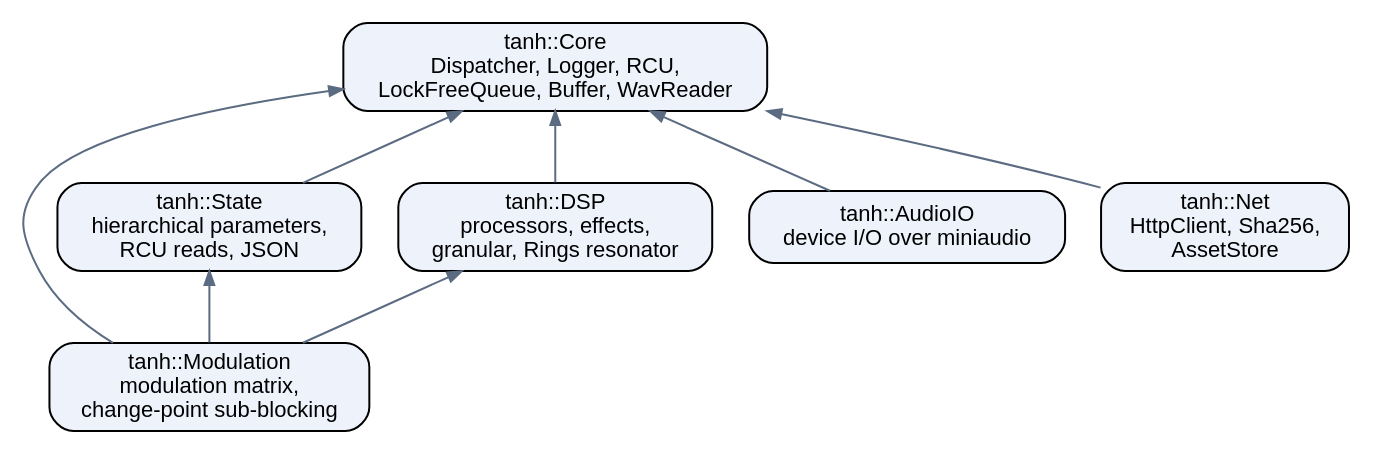
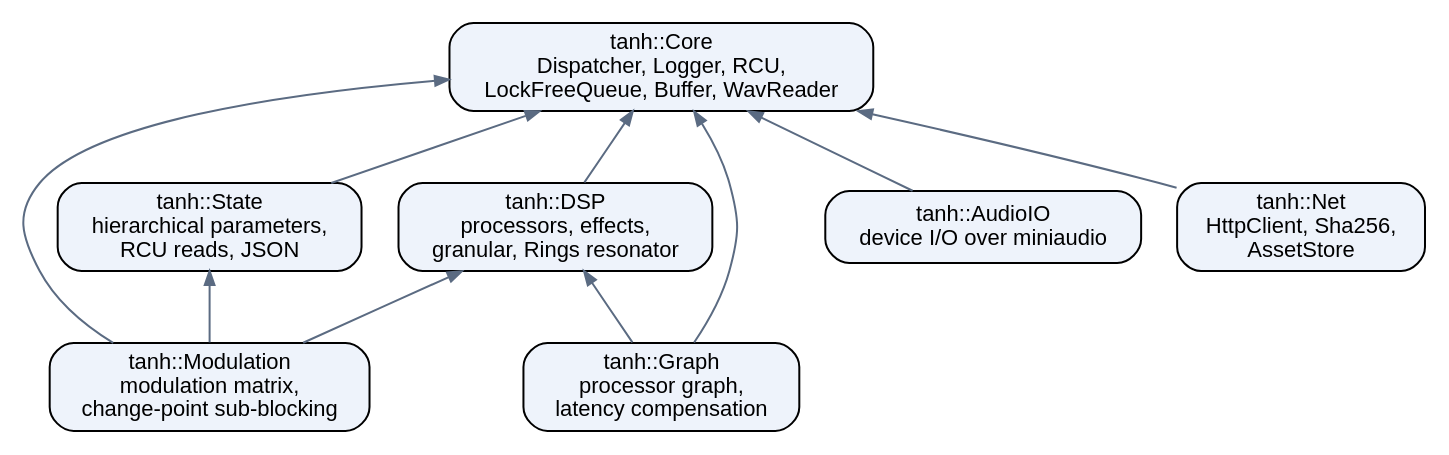
The diagram in docs/sphinx/components.rst (tanh-lab/tanh-lib), drawn with Graphviz before and after one commit. The commit also changed other lines of this file and 2 other files, not shown here.

Commit message:
Document the Graph component in the README, the components page and AGENTS.md.

```diff
--- a/docs/sphinx/components.rst
+++ b/docs/sphinx/components.rst
@@ -9,23 +9,26 @@
 .. graphviz::
    :align: center
 
    digraph components {
        rankdir = BT;
        node [shape=box, style="rounded,filled", fillcolor="#eef3fb", fontname="Helvetica", fontsize=11];
        edge [color="#5b6b82", arrowsize=0.7];
 
        core       [label="tanh::Core\nDispatcher, Logger, RCU,\nLockFreeQueue, Buffer, WavReader"];
        state      [label="tanh::State\nhierarchical parameters,\nRCU reads, JSON"];
        dsp        [label="tanh::DSP\nprocessors, effects,\ngranular, Rings resonator"];
        modulation [label="tanh::Modulation\nmodulation matrix,\nchange-point sub-blocking"];
        audio_io   [label="tanh::AudioIO\ndevice I/O over miniaudio"];
        net        [label="tanh::Net\nHttpClient, Sha256,\nAssetStore"];
+       graph_node [label="tanh::Graph\nprocessor graph,\nlatency compensation"];
 
        state -> core;
        dsp -> core;
        audio_io -> core;
        net -> core;
+       graph_node -> core;
+       graph_node -> dsp;
        modulation -> core;
        modulation -> state;
        modulation -> dsp;
    }
```
